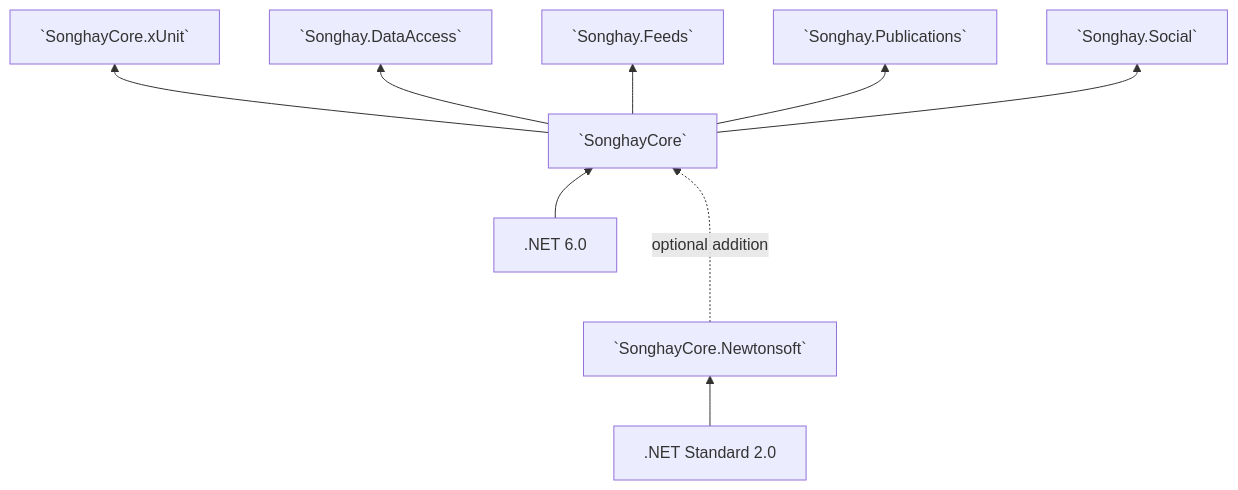
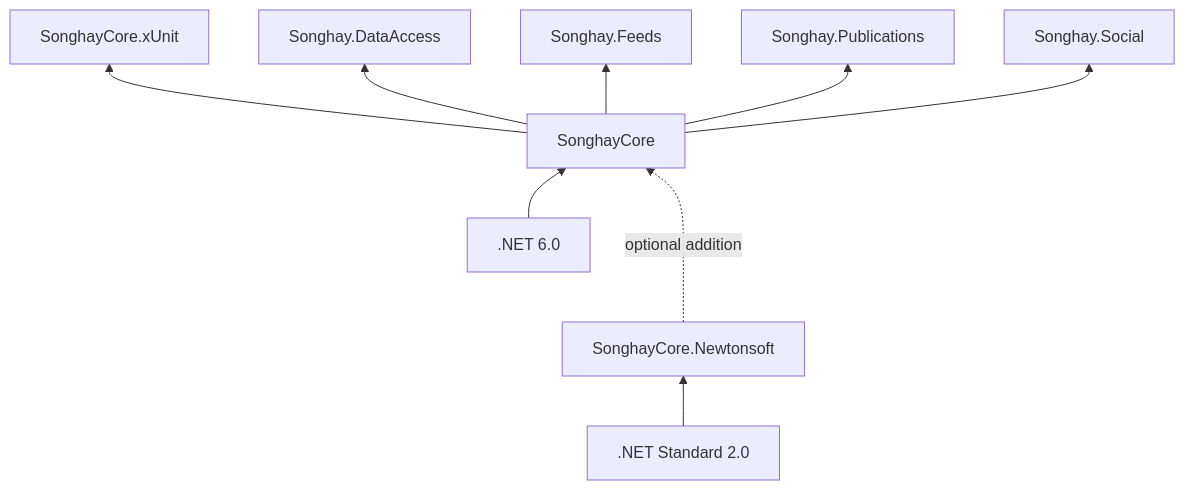
Before and after one commit to BryanWilhite/SonghayCore: the diagram in README.md, drawn with Mermaid.

````diff
--- a/README.md
+++ b/README.md
@@ -99,18 +99,18 @@
 ```mermaid
 graph BT
     netstandard2[.NET Standard 2.0]
     net6[.NET 6.0]
 
-    1[`SonghayCore`]
-    2[`SonghayCore.Newtonsoft`]
+    1[SonghayCore]
+    2[SonghayCore.Newtonsoft]
 
     net6-->1
     netstandard2-->2
     2-..->|optional addition|1
 
-    1-->3[`SonghayCore.xUnit`]
-    1-->4[`Songhay.DataAccess`]
-    1-->5[`Songhay.Feeds`]
-    1-->6[`Songhay.Publications`]
-    1-->7[`Songhay.Social`]
+    1-->3[SonghayCore.xUnit]
+    1-->4[Songhay.DataAccess]
+    1-->5[Songhay.Feeds]
+    1-->6[Songhay.Publications]
+    1-->7[Songhay.Social]
 ```
````
